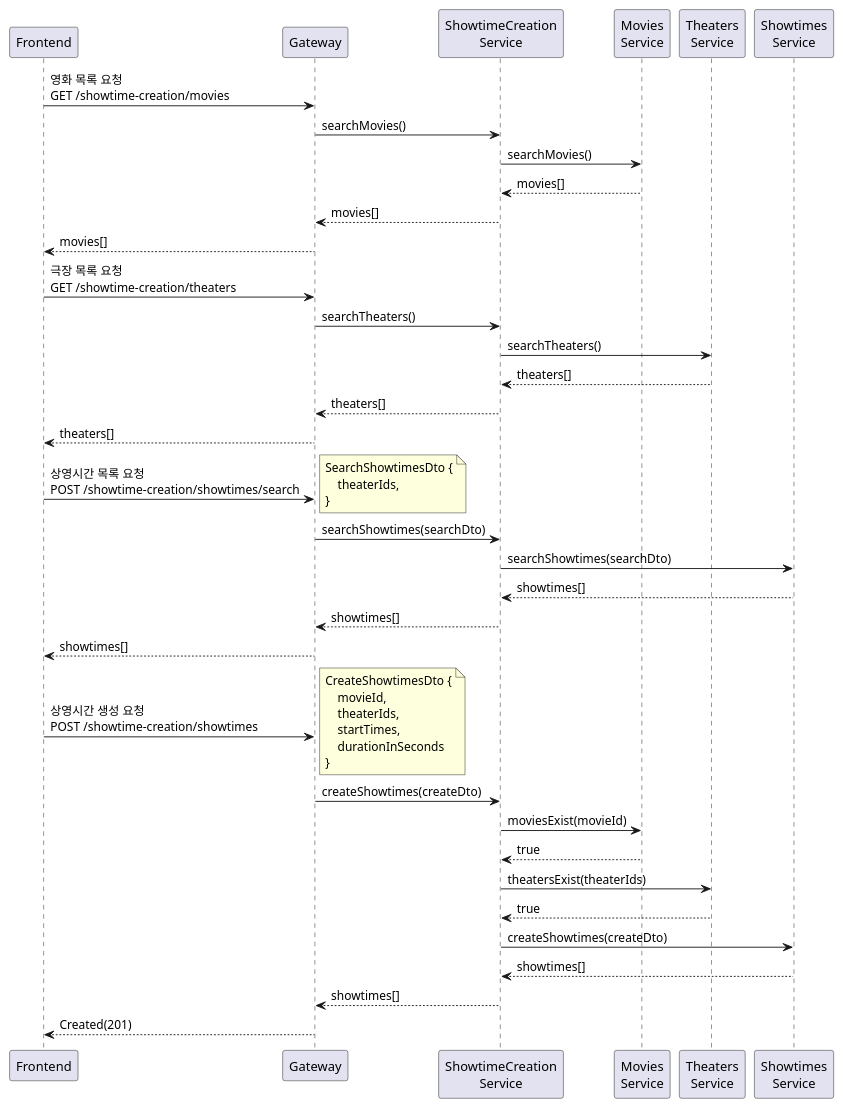
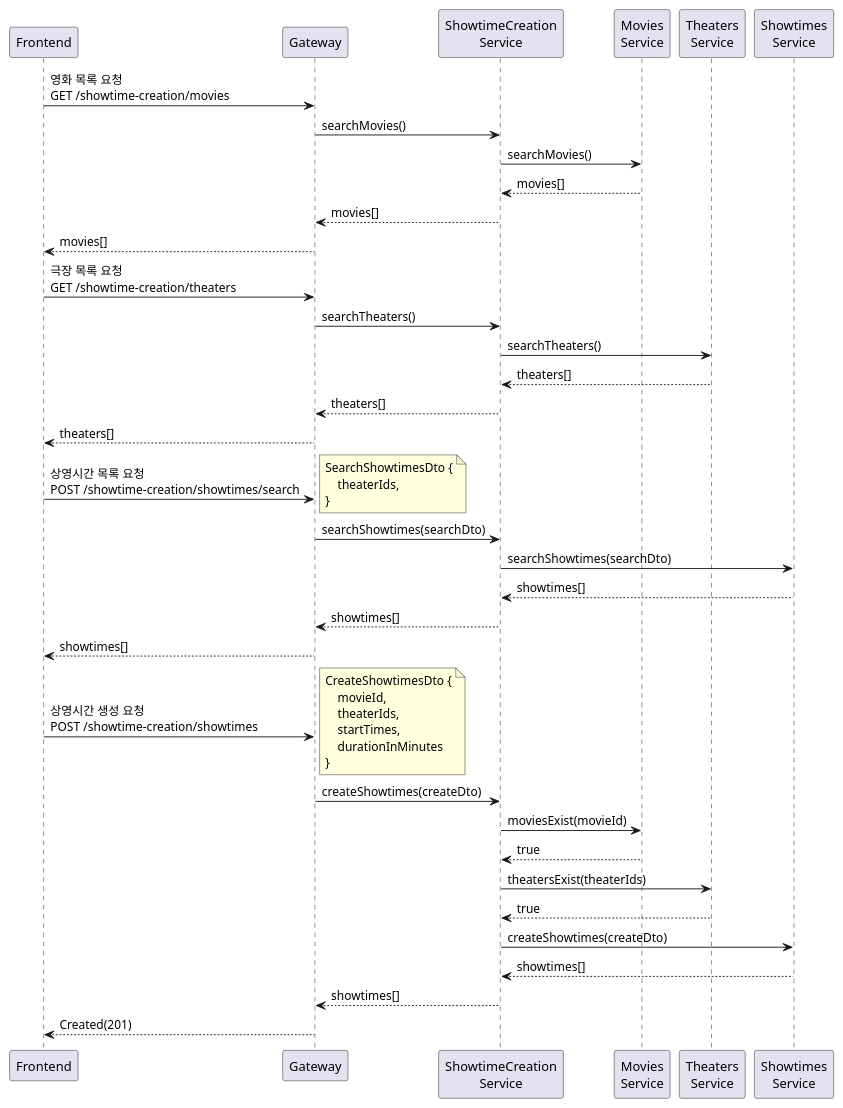
The fifth of 17 diagrams in _posts/3026-06-11-backend-design-3.5.md (mannercode/mannercode.github.io), drawn with PlantUML before and after one commit. The commit also changed other lines of this file and 9 other files, not shown here.

```diff
--- a/_posts/3026-06-11-backend-design-3.5.md
+++ b/_posts/3026-06-11-backend-design-3.5.md
@@ -166,58 +169,58 @@
 {% plantuml %}
 @startuml
 participant Frontend as frontend
 participant Gateway as gateway
 participant "ShowtimeCreation\nService" as creation
 participant "Movies\nService" as movies
 participant "Theaters\nService" as theaters
 participant "Showtimes\nService" as showtimes
 
 frontend -> gateway: 영화 목록 요청\nGET /showtime-creation/movies
     gateway -> creation: searchMovies()
         creation -> movies: searchMovies()
         creation <-- movies: movies[]
     gateway <-- creation: movies[]
 frontend <-- gateway: movies[]
 
 frontend -> gateway: 극장 목록 요청\nGET /showtime-creation/theaters
     gateway -> creation: searchTheaters()
         creation -> theaters: searchTheaters()
         creation <-- theaters: theaters[]
     gateway <-- creation: theaters[]
 frontend <-- gateway: theaters[]
 
 frontend -> gateway: 상영시간 목록 요청\nPOST /showtime-creation/showtimes/search
     note right
         SearchShowtimesDto {
             theaterIds,
         }
     end note
     gateway -> creation: searchShowtimes(searchDto)
         creation -> showtimes: searchShowtimes(searchDto)
         creation <-- showtimes: showtimes[]
     gateway <-- creation: showtimes[]
 frontend <-- gateway: showtimes[]
 
 frontend -> gateway: 상영시간 생성 요청\nPOST /showtime-creation/showtimes
     note right
         CreateShowtimesDto {
             movieId,
             theaterIds,
             startTimes,
-            durationInSeconds
+            durationInMinutes
         }
     end note
     gateway -> creation: createShowtimes(createDto)
         creation -> movies: moviesExist(movieId)
         creation <-- movies: true
 
         creation -> theaters: theatersExist(theaterIds)
         creation <-- theaters: true
 
         creation -> showtimes: createShowtimes(createDto)
         creation <-- showtimes: showtimes[]
     gateway <-- creation: showtimes[]
 frontend <-- gateway: Created(201)
 
 @enduml
 {% endplantuml %}
```
